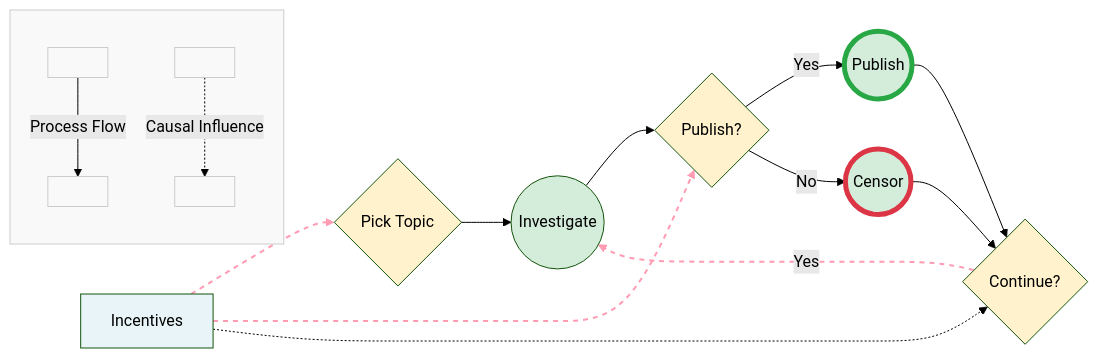
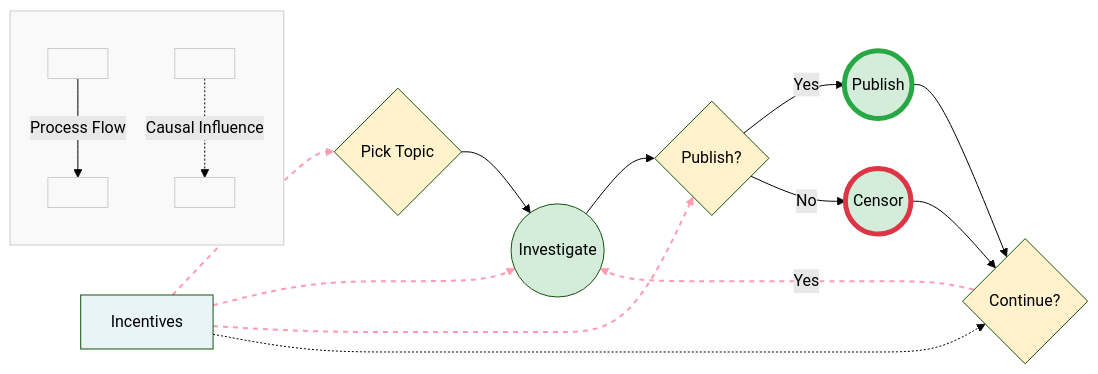
The first of 5 diagrams in _drafts/2025-09-24-ioannidis-process.md (cottrell/notes), drawn with Mermaid (forest theme) before and after one commit. The commit also changed other lines of this file, not shown here.

```diff
--- a/_drafts/2025-09-24-ioannidis-process.md
+++ b/_drafts/2025-09-24-ioannidis-process.md
@@ -19,42 +19,44 @@
 {% mermaid %}
 graph LR
     I[Incentives] -.-> T{Pick Topic}
     T --> W((Investigate))
     W --> D1{Publish?}
     D1 -->|Yes| P((Publish))
     D1 -->|No| H((Censor))
 
     P --> D2{Continue?}
     H --> D2
 
     D2 -->|Yes| W
 
+    I -.-> W
     I -.-> D1
     I -.-> D2
 
     %% Causal link styling
     linkStyle 0 stroke:#ff9bb3,stroke-width:2px,stroke-dasharray: 5 5
     linkStyle 7 stroke:#ff9bb3,stroke-width:2px,stroke-dasharray: 5 5
     linkStyle 8 stroke:#ff9bb3,stroke-width:2px,stroke-dasharray: 5 5
+    linkStyle 9 stroke:#ff9bb3,stroke-width:2px,stroke-dasharray: 5 5
 
     %% Legend
     subgraph Legend[" "]
         L1[" "] -->|Process Flow| L2[" "]
         L3[" "] -.->|Causal Influence| L4[" "]
     end
 
     %% Styling
     classDef process fill:#e8f4f8
     classDef decision fill:#fff2cc
     classDef outcome fill:#d4edda
     classDef legend fill:#f9f9f9,stroke:#ccc
     classDef broadcast fill:#d4edda,stroke:#28a745,stroke-width:5px
     classDef censor fill:#d4edda,stroke:#dc3545,stroke-width:5px
 
     class I process
     class T,D1,D2 decision
     class W outcome
     class P broadcast
     class H censor
     class Legend,L1,L2,L3,L4 legend
 {% endmermaid %}
```
